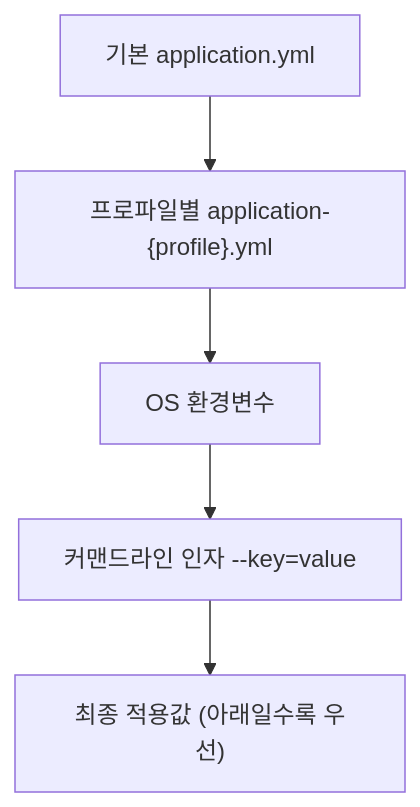
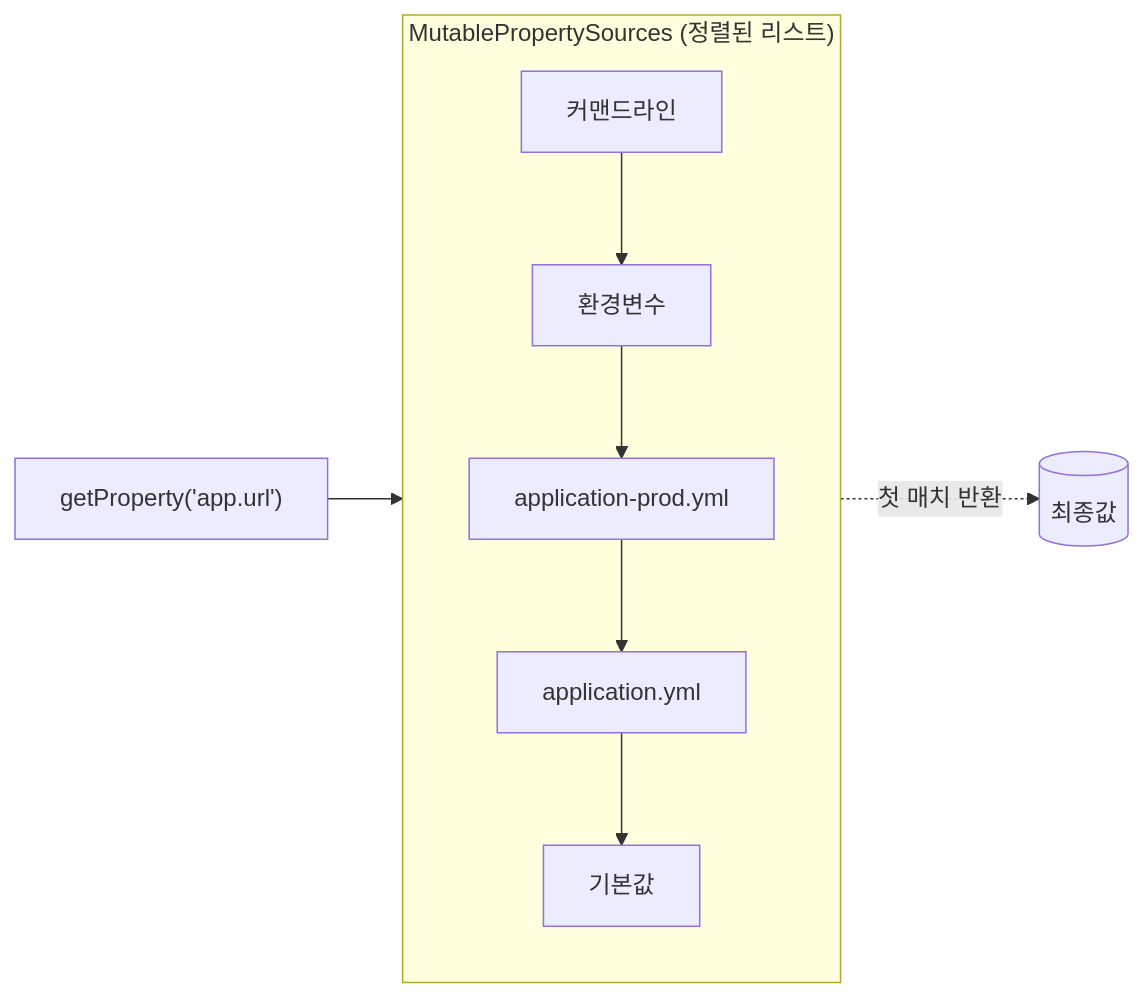
One commit to parksangji/parksangji.github.io changed the diagram in _posts/2025-09-03-springboot-external-config.md. Above: the diagram before and after it, drawn with Mermaid. The commit also changed other lines of this file and 22 other files, not shown here.

````diff
--- a/_posts/2025-09-03-springboot-external-config.md
+++ b/_posts/2025-09-03-springboot-external-config.md
@@ -34,7 +86,9 @@
 ```mermaid
-flowchart TD
-    A["기본 application.yml"] --> B["프로파일별 application-{profile}.yml"]
-    B --> C["OS 환경변수"]
-    C --> D["커맨드라인 인자 --key=value"]
-    D --> E["최종 적용값 (아래일수록 우선)"]
+flowchart LR
+    subgraph S["MutablePropertySources (정렬된 리스트)"]
+      direction TB
+      A[커맨드라인] --> B[환경변수] --> C["application-prod.yml"] --> D[application.yml] --> E[기본값]
+    end
+    Q["getProperty('app.url')"] --> A
+    A -.첫 매치 반환.-> R[(최종값)]
 ```
````
